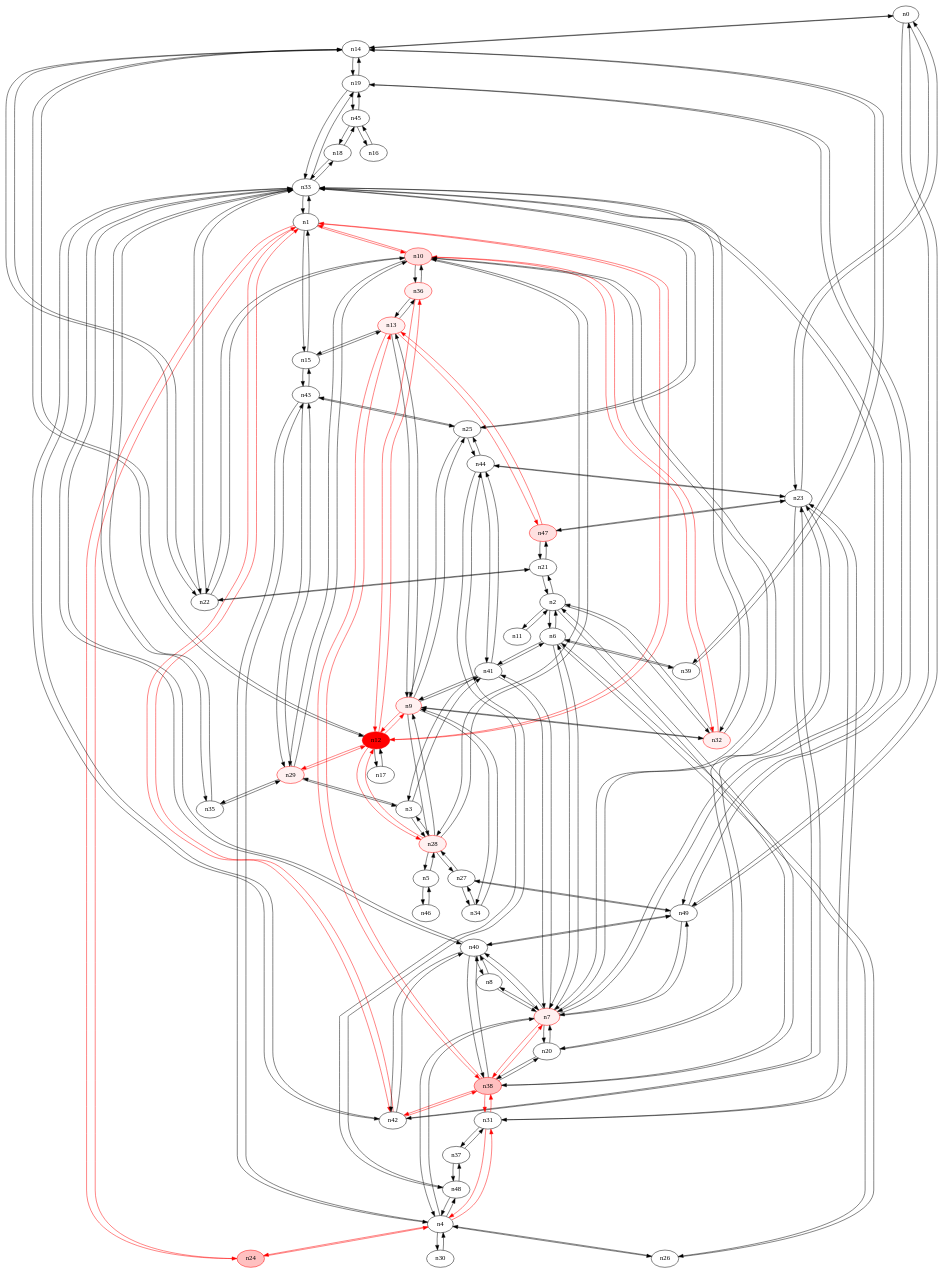
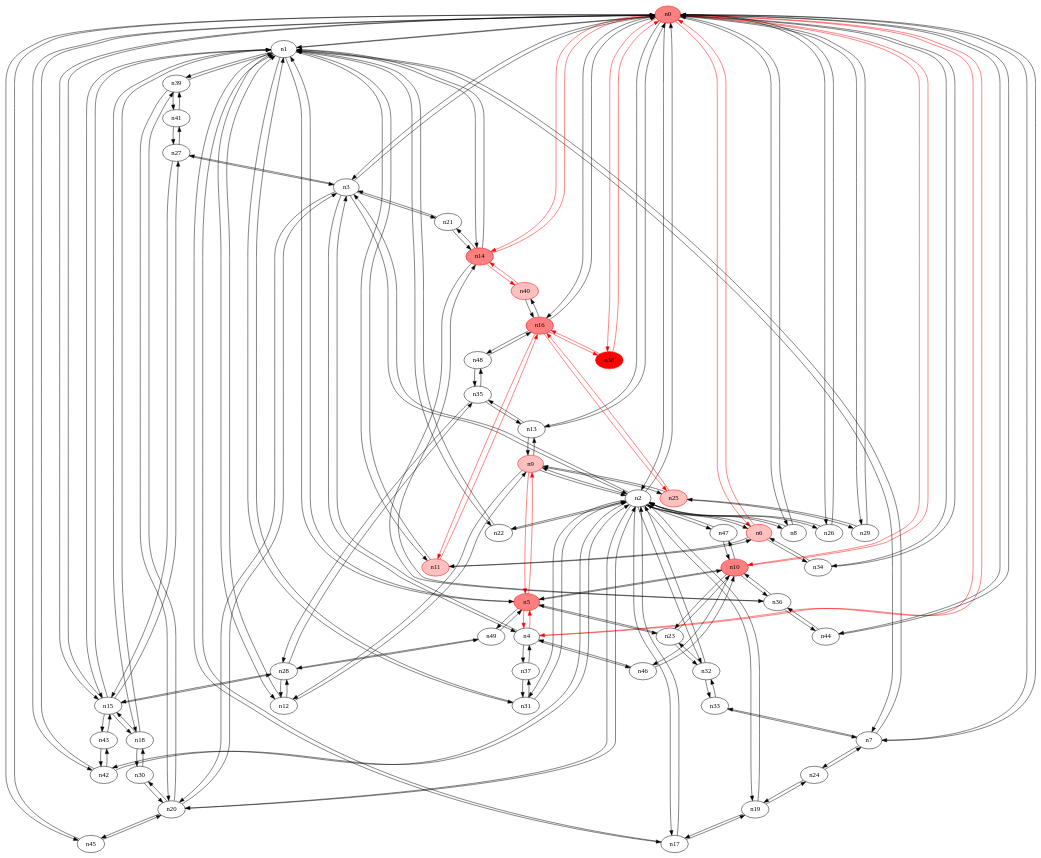
Before and after one commit to ireallyhopeirememberthis/yates_rrt: the diagram in 50_15/10-rrt1.dot, drawn with Graphviz. The commit also changed 7464 other files, not shown here.

```diff
--- a/50_15/10-rrt1.dot
+++ b/50_15/10-rrt1.dot
@@ -1,252 +1,244 @@
 strict digraph {
-n0 [type=switch];
-n14 [type=switch];
+n0 [type=switch, color="#FF0000", style=filled, fillcolor="#FF8080"];
+n1 [type=switch];
+n2 [type=switch];
+n3 [type=switch];
+n4 [type=switch];
+n6 [type=host, color="#FF0000", style=filled, fillcolor="#FFC0C0"];
+n7 [type=switch];
+n8 [type=switch];
+n10 [type=host, color="#FF0000", style=filled, fillcolor="#FF8080"];
+n13 [type=switch];
+n14 [type=switch, color="#FF0000", style=filled, fillcolor="#FF8080"];
+n15 [type=switch];
+n16 [type=host, color="#FF0000", style=filled, fillcolor="#FF8080"];
+n26 [type=switch];
+n29 [type=switch];
+n34 [type=switch];
+n38 [type=switch, color="#FF0000", style=filled, fillcolor="#FF0000"];
+n42 [type=switch];
+n44 [type=switch];
+n45 [type=switch];
+n5 [type=switch, color="#FF0000", style=filled, fillcolor="#FF8080"];
+n11 [type=host, color="#FF0000", style=filled, fillcolor="#FFC0C0"];
+n12 [type=switch];
+n17 [type=switch];
+n18 [type=switch];
+n22 [type=switch];
+n31 [type=switch];
+n39 [type=switch];
+n9 [type=host, color="#FF0000", style=filled, fillcolor="#FFC0C0"];
+n19 [type=switch];
+n20 [type=switch];
+n32 [type=switch];
+n47 [type=switch];
+n21 [type=switch];
+n27 [type=switch];
+n37 [type=switch];
+n46 [type=switch];
 n23 [type=switch];
 n49 [type=switch];
-n1 [type=switch];
-n10 [type=switch, color="#FF0000", style=filled, fillcolor="#FFE0E0"];
-n12 [type=switch, color="#FF0000", style=filled, fillcolor="#FF0000"];
-n15 [type=switch];
-n24 [type=switch, color="#FF0000", style=filled, fillcolor="#FFC0C0"];
+n24 [type=switch];
 n33 [type=switch];
-n42 [type=switch];
-n2 [type=switch];
-n6 [type=switch];
-n11 [type=switch];
-n21 [type=switch];
-n32 [type=host, color="#FF0000", style=filled, fillcolor="#FFF0F0"];
-n38 [type=switch, color="#FF0000", style=filled, fillcolor="#FFC0C0"];
-n3 [type=switch];
-n28 [type=host, color="#FF0000", style=filled, fillcolor="#FFF0F0"];
-n29 [type=host, color="#FF0000", style=filled, fillcolor="#FFF0F0"];
-n41 [type=switch];
-n4 [type=switch];
-n7 [type=host, color="#FF0000", style=filled, fillcolor="#FFF0F0"];
-n26 [type=switch];
-n30 [type=switch];
-n31 [type=switch];
+n25 [type=host, color="#FF0000", style=filled, fillcolor="#FFC0C0"];
+n36 [type=switch];
+n28 [type=switch];
+n35 [type=switch];
+n40 [type=host, color="#FF0000", style=filled, fillcolor="#FFC0C0"];
 n43 [type=switch];
 n48 [type=switch];
-n5 [type=switch];
-n46 [type=switch];
-n39 [type=switch];
-n8 [type=switch];
-n20 [type=switch];
-n40 [type=switch];
-n9 [type=host, color="#FF0000", style=filled, fillcolor="#FFF0F0"];
-n13 [type=host, color="#FF0000", style=filled, fillcolor="#FFF0F0"];
-n25 [type=switch];
-n34 [type=switch];
-n22 [type=switch];
-n36 [type=host, color="#FF0000", style=filled, fillcolor="#FFF0F0"];
-n17 [type=switch];
-n47 [type=switch, color="#FF0000", style=filled, fillcolor="#FFE0E0"];
-n19 [type=switch];
-n16 [type=switch];
-n45 [type=switch];
-n18 [type=switch];
-n44 [type=switch];
-n27 [type=switch];
-n35 [type=switch];
-n37 [type=switch];
-n0 -> n14 [src_port=0, dst_port=0];
-n0 -> n23 [src_port=0, dst_port=0];
-n0 -> n49 [src_port=0, dst_port=0];
-n14 -> n0 [src_port=0, dst_port=0];
-n14 -> n12 [src_port=0, dst_port=0];
-n14 -> n39 [src_port=0, dst_port=0];
-n14 -> n22 [src_port=0, dst_port=0];
-n14 -> n19 [src_port=0, dst_port=0];
-n23 -> n0 [src_port=0, dst_port=0];
-n23 -> n42 [src_port=0, dst_port=0];
-n23 -> n31 [src_port=0, dst_port=0];
-n23 -> n20 [src_port=0, dst_port=0];
-n23 -> n47 [src_port=0, dst_port=0];
-n23 -> n44 [src_port=0, dst_port=0];
-n49 -> n0 [src_port=0, dst_port=0];
-n49 -> n7 [src_port=0, dst_port=0];
-n49 -> n40 [src_port=0, dst_port=0];
-n49 -> n19 [src_port=0, dst_port=0];
-n49 -> n27 [src_port=0, dst_port=0];
-n1 -> n10 [src_port=0, dst_port=0, color="#FF0000"];
-n1 -> n12 [src_port=0, dst_port=0, color="#FF0000"];
+n30 [type=switch];
+n41 [type=switch];
+n0 -> n1 [src_port=0, dst_port=0];
+n0 -> n2 [src_port=0, dst_port=0];
+n0 -> n3 [src_port=0, dst_port=0];
+n0 -> n4 [src_port=0, dst_port=0, color="#FF0000"];
+n0 -> n6 [src_port=0, dst_port=0, color="#FF0000"];
+n0 -> n7 [src_port=0, dst_port=0];
+n0 -> n8 [src_port=0, dst_port=0];
+n0 -> n10 [src_port=0, dst_port=0, color="#FF0000"];
+n0 -> n13 [src_port=0, dst_port=0];
+n0 -> n14 [src_port=0, dst_port=0, color="#FF0000"];
+n0 -> n15 [src_port=0, dst_port=0];
+n0 -> n16 [src_port=0, dst_port=0];
+n0 -> n26 [src_port=0, dst_port=0];
+n0 -> n29 [src_port=0, dst_port=0];
+n0 -> n34 [src_port=0, dst_port=0];
+n0 -> n38 [src_port=0, dst_port=0, color="#FF0000"];
+n0 -> n42 [src_port=0, dst_port=0];
+n0 -> n44 [src_port=0, dst_port=0];
+n0 -> n45 [src_port=0, dst_port=0];
+n1 -> n0 [src_port=0, dst_port=0];
+n1 -> n7 [src_port=0, dst_port=0];
+n1 -> n14 [src_port=0, dst_port=0];
 n1 -> n15 [src_port=0, dst_port=0];
-n1 -> n24 [src_port=0, dst_port=0, color="#FF0000"];
-n1 -> n33 [src_port=0, dst_port=0];
-n1 -> n42 [src_port=0, dst_port=0, color="#FF0000"];
-n10 -> n1 [src_port=0, dst_port=0, color="#FF0000"];
-n10 -> n32 [src_port=0, dst_port=0, color="#FF0000"];
-n10 -> n28 [src_port=0, dst_port=0];
-n10 -> n29 [src_port=0, dst_port=0];
-n10 -> n7 [src_port=0, dst_port=0];
-n10 -> n22 [src_port=0, dst_port=0];
+n1 -> n5 [src_port=0, dst_port=0];
+n1 -> n11 [src_port=0, dst_port=0];
+n1 -> n12 [src_port=0, dst_port=0];
+n1 -> n17 [src_port=0, dst_port=0];
+n1 -> n18 [src_port=0, dst_port=0];
+n1 -> n22 [src_port=0, dst_port=0];
+n1 -> n31 [src_port=0, dst_port=0];
+n1 -> n39 [src_port=0, dst_port=0];
+n2 -> n0 [src_port=0, dst_port=0];
+n2 -> n3 [src_port=0, dst_port=0];
+n2 -> n6 [src_port=0, dst_port=0];
+n2 -> n8 [src_port=0, dst_port=0];
+n2 -> n26 [src_port=0, dst_port=0];
+n2 -> n42 [src_port=0, dst_port=0];
+n2 -> n17 [src_port=0, dst_port=0];
+n2 -> n22 [src_port=0, dst_port=0];
+n2 -> n31 [src_port=0, dst_port=0];
+n2 -> n9 [src_port=0, dst_port=0];
+n2 -> n19 [src_port=0, dst_port=0];
+n2 -> n20 [src_port=0, dst_port=0];
+n2 -> n32 [src_port=0, dst_port=0];
+n2 -> n47 [src_port=0, dst_port=0];
+n3 -> n0 [src_port=0, dst_port=0];
+n3 -> n2 [src_port=0, dst_port=0];
+n3 -> n4 [src_port=0, dst_port=0];
+n3 -> n20 [src_port=0, dst_port=0];
+n3 -> n21 [src_port=0, dst_port=0];
+n3 -> n27 [src_port=0, dst_port=0];
+n4 -> n0 [src_port=0, dst_port=0, color="#FF0000"];
+n4 -> n3 [src_port=0, dst_port=0];
+n4 -> n5 [src_port=0, dst_port=0, color="#FF0000"];
+n4 -> n37 [src_port=0, dst_port=0];
+n4 -> n46 [src_port=0, dst_port=0];
+n6 -> n0 [src_port=0, dst_port=0, color="#FF0000"];
+n6 -> n2 [src_port=0, dst_port=0];
+n6 -> n34 [src_port=0, dst_port=0];
+n6 -> n11 [src_port=0, dst_port=0];
+n7 -> n0 [src_port=0, dst_port=0];
+n7 -> n1 [src_port=0, dst_port=0];
+n7 -> n24 [src_port=0, dst_port=0];
+n7 -> n33 [src_port=0, dst_port=0];
+n8 -> n0 [src_port=0, dst_port=0];
+n8 -> n2 [src_port=0, dst_port=0];
+n10 -> n0 [src_port=0, dst_port=0, color="#FF0000"];
+n10 -> n5 [src_port=0, dst_port=0];
+n10 -> n47 [src_port=0, dst_port=0];
+n10 -> n46 [src_port=0, dst_port=0];
+n10 -> n23 [src_port=0, dst_port=0];
 n10 -> n36 [src_port=0, dst_port=0];
-n12 -> n14 [src_port=0, dst_port=0];
-n12 -> n1 [src_port=0, dst_port=0, color="#FF0000"];
-n12 -> n28 [src_port=0, dst_port=0, color="#FF0000"];
-n12 -> n29 [src_port=0, dst_port=0, color="#FF0000"];
-n12 -> n9 [src_port=0, dst_port=0, color="#FF0000"];
-n12 -> n36 [src_port=0, dst_port=0, color="#FF0000"];
-n12 -> n17 [src_port=0, dst_port=0];
+n13 -> n0 [src_port=0, dst_port=0];
+n13 -> n9 [src_port=0, dst_port=0];
+n13 -> n35 [src_port=0, dst_port=0];
+n14 -> n0 [src_port=0, dst_port=0, color="#FF0000"];
+n14 -> n1 [src_port=0, dst_port=0];
+n14 -> n21 [src_port=0, dst_port=0];
+n14 -> n36 [src_port=0, dst_port=0];
+n14 -> n40 [src_port=0, dst_port=0, color="#FF0000"];
+n15 -> n0 [src_port=0, dst_port=0];
 n15 -> n1 [src_port=0, dst_port=0];
+n15 -> n18 [src_port=0, dst_port=0];
+n15 -> n27 [src_port=0, dst_port=0];
+n15 -> n28 [src_port=0, dst_port=0];
 n15 -> n43 [src_port=0, dst_port=0];
-n15 -> n13 [src_port=0, dst_port=0];
-n24 -> n1 [src_port=0, dst_port=0, color="#FF0000"];
-n24 -> n4 [src_port=0, dst_port=0, color="#FF0000"];
-n33 -> n1 [src_port=0, dst_port=0];
-n33 -> n42 [src_port=0, dst_port=0];
+n16 -> n0 [src_port=0, dst_port=0];
+n16 -> n38 [src_port=0, dst_port=0, color="#FF0000"];
+n16 -> n11 [src_port=0, dst_port=0, color="#FF0000"];
+n16 -> n25 [src_port=0, dst_port=0, color="#FF0000"];
+n16 -> n40 [src_port=0, dst_port=0];
+n16 -> n48 [src_port=0, dst_port=0];
+n26 -> n0 [src_port=0, dst_port=0];
+n26 -> n2 [src_port=0, dst_port=0];
+n29 -> n0 [src_port=0, dst_port=0];
+n29 -> n25 [src_port=0, dst_port=0];
+n34 -> n0 [src_port=0, dst_port=0];
+n34 -> n6 [src_port=0, dst_port=0];
+n38 -> n0 [src_port=0, dst_port=0, color="#FF0000"];
+n38 -> n16 [src_port=0, dst_port=0, color="#FF0000"];
+n42 -> n0 [src_port=0, dst_port=0];
+n42 -> n2 [src_port=0, dst_port=0];
+n42 -> n43 [src_port=0, dst_port=0];
+n44 -> n0 [src_port=0, dst_port=0];
+n44 -> n36 [src_port=0, dst_port=0];
+n45 -> n0 [src_port=0, dst_port=0];
+n45 -> n20 [src_port=0, dst_port=0];
+n5 -> n1 [src_port=0, dst_port=0];
+n5 -> n4 [src_port=0, dst_port=0, color="#FF0000"];
+n5 -> n10 [src_port=0, dst_port=0];
+n5 -> n9 [src_port=0, dst_port=0, color="#FF0000"];
+n5 -> n23 [src_port=0, dst_port=0];
+n5 -> n49 [src_port=0, dst_port=0];
+n11 -> n1 [src_port=0, dst_port=0];
+n11 -> n6 [src_port=0, dst_port=0];
+n11 -> n16 [src_port=0, dst_port=0, color="#FF0000"];
+n12 -> n1 [src_port=0, dst_port=0];
+n12 -> n9 [src_port=0, dst_port=0];
+n12 -> n28 [src_port=0, dst_port=0];
+n17 -> n1 [src_port=0, dst_port=0];
+n17 -> n2 [src_port=0, dst_port=0];
+n17 -> n19 [src_port=0, dst_port=0];
+n18 -> n1 [src_port=0, dst_port=0];
+n18 -> n15 [src_port=0, dst_port=0];
+n18 -> n30 [src_port=0, dst_port=0];
+n22 -> n1 [src_port=0, dst_port=0];
+n22 -> n2 [src_port=0, dst_port=0];
+n31 -> n1 [src_port=0, dst_port=0];
+n31 -> n2 [src_port=0, dst_port=0];
+n31 -> n37 [src_port=0, dst_port=0];
+n39 -> n1 [src_port=0, dst_port=0];
+n39 -> n20 [src_port=0, dst_port=0];
+n39 -> n41 [src_port=0, dst_port=0];
+n9 -> n2 [src_port=0, dst_port=0];
+n9 -> n13 [src_port=0, dst_port=0];
+n9 -> n5 [src_port=0, dst_port=0, color="#FF0000"];
+n9 -> n12 [src_port=0, dst_port=0];
+n9 -> n25 [src_port=0, dst_port=0];
+n19 -> n2 [src_port=0, dst_port=0];
+n19 -> n17 [src_port=0, dst_port=0];
+n19 -> n24 [src_port=0, dst_port=0];
+n20 -> n2 [src_port=0, dst_port=0];
+n20 -> n3 [src_port=0, dst_port=0];
+n20 -> n45 [src_port=0, dst_port=0];
+n20 -> n39 [src_port=0, dst_port=0];
+n20 -> n30 [src_port=0, dst_port=0];
+n32 -> n2 [src_port=0, dst_port=0];
+n32 -> n23 [src_port=0, dst_port=0];
+n32 -> n33 [src_port=0, dst_port=0];
+n47 -> n2 [src_port=0, dst_port=0];
+n47 -> n10 [src_port=0, dst_port=0];
+n21 -> n3 [src_port=0, dst_port=0];
+n21 -> n14 [src_port=0, dst_port=0];
+n27 -> n3 [src_port=0, dst_port=0];
+n27 -> n15 [src_port=0, dst_port=0];
+n27 -> n41 [src_port=0, dst_port=0];
+n37 -> n4 [src_port=0, dst_port=0];
+n37 -> n31 [src_port=0, dst_port=0];
+n46 -> n4 [src_port=0, dst_port=0];
+n46 -> n10 [src_port=0, dst_port=0];
+n23 -> n10 [src_port=0, dst_port=0];
+n23 -> n5 [src_port=0, dst_port=0];
+n23 -> n32 [src_port=0, dst_port=0];
+n49 -> n5 [src_port=0, dst_port=0];
+n49 -> n28 [src_port=0, dst_port=0];
+n24 -> n7 [src_port=0, dst_port=0];
+n24 -> n19 [src_port=0, dst_port=0];
+n33 -> n7 [src_port=0, dst_port=0];
 n33 -> n32 [src_port=0, dst_port=0];
-n33 -> n7 [src_port=0, dst_port=0];
-n33 -> n40 [src_port=0, dst_port=0];
-n33 -> n25 [src_port=0, dst_port=0];
-n33 -> n22 [src_port=0, dst_port=0];
-n33 -> n19 [src_port=0, dst_port=0];
-n33 -> n18 [src_port=0, dst_port=0];
-n33 -> n35 [src_port=0, dst_port=0];
-n42 -> n23 [src_port=0, dst_port=0];
-n42 -> n1 [src_port=0, dst_port=0, color="#FF0000"];
-n42 -> n33 [src_port=0, dst_port=0];
-n42 -> n38 [src_port=0, dst_port=0, color="#FF0000"];
-n42 -> n40 [src_port=0, dst_port=0];
-n2 -> n6 [src_port=0, dst_port=0];
-n2 -> n11 [src_port=0, dst_port=0];
-n2 -> n21 [src_port=0, dst_port=0];
-n2 -> n32 [src_port=0, dst_port=0];
-n2 -> n38 [src_port=0, dst_port=0];
-n6 -> n2 [src_port=0, dst_port=0];
-n6 -> n41 [src_port=0, dst_port=0];
-n6 -> n7 [src_port=0, dst_port=0];
-n6 -> n26 [src_port=0, dst_port=0];
-n6 -> n39 [src_port=0, dst_port=0];
-n11 -> n2 [src_port=0, dst_port=0];
-n21 -> n2 [src_port=0, dst_port=0];
-n21 -> n22 [src_port=0, dst_port=0];
-n21 -> n47 [src_port=0, dst_port=0];
-n32 -> n10 [src_port=0, dst_port=0, color="#FF0000"];
-n32 -> n33 [src_port=0, dst_port=0];
-n32 -> n2 [src_port=0, dst_port=0];
-n32 -> n9 [src_port=0, dst_port=0];
-n38 -> n42 [src_port=0, dst_port=0, color="#FF0000"];
-n38 -> n2 [src_port=0, dst_port=0];
-n38 -> n7 [src_port=0, dst_port=0, color="#FF0000"];
-n38 -> n31 [src_port=0, dst_port=0, color="#FF0000"];
-n38 -> n20 [src_port=0, dst_port=0];
-n38 -> n40 [src_port=0, dst_port=0];
-n38 -> n13 [src_port=0, dst_port=0, color="#FF0000"];
-n3 -> n28 [src_port=0, dst_port=0];
-n3 -> n29 [src_port=0, dst_port=0];
-n3 -> n41 [src_port=0, dst_port=0];
-n28 -> n10 [src_port=0, dst_port=0];
-n28 -> n12 [src_port=0, dst_port=0, color="#FF0000"];
-n28 -> n3 [src_port=0, dst_port=0];
-n28 -> n5 [src_port=0, dst_port=0];
-n28 -> n9 [src_port=0, dst_port=0];
-n28 -> n27 [src_port=0, dst_port=0];
-n29 -> n10 [src_port=0, dst_port=0];
-n29 -> n12 [src_port=0, dst_port=0, color="#FF0000"];
-n29 -> n3 [src_port=0, dst_port=0];
-n29 -> n43 [src_port=0, dst_port=0];
-n29 -> n35 [src_port=0, dst_port=0];
-n41 -> n6 [src_port=0, dst_port=0];
-n41 -> n3 [src_port=0, dst_port=0];
-n41 -> n7 [src_port=0, dst_port=0];
-n41 -> n9 [src_port=0, dst_port=0];
-n41 -> n44 [src_port=0, dst_port=0];
-n4 -> n24 [src_port=0, dst_port=0, color="#FF0000"];
-n4 -> n7 [src_port=0, dst_port=0];
-n4 -> n26 [src_port=0, dst_port=0];
-n4 -> n30 [src_port=0, dst_port=0];
-n4 -> n31 [src_port=0, dst_port=0, color="#FF0000"];
-n4 -> n43 [src_port=0, dst_port=0];
-n4 -> n48 [src_port=0, dst_port=0];
-n7 -> n49 [src_port=0, dst_port=0];
-n7 -> n10 [src_port=0, dst_port=0];
-n7 -> n33 [src_port=0, dst_port=0];
-n7 -> n6 [src_port=0, dst_port=0];
-n7 -> n38 [src_port=0, dst_port=0, color="#FF0000"];
-n7 -> n41 [src_port=0, dst_port=0];
-n7 -> n4 [src_port=0, dst_port=0];
-n7 -> n8 [src_port=0, dst_port=0];
-n7 -> n20 [src_port=0, dst_port=0];
-n7 -> n40 [src_port=0, dst_port=0];
-n26 -> n6 [src_port=0, dst_port=0];
-n26 -> n4 [src_port=0, dst_port=0];
-n30 -> n4 [src_port=0, dst_port=0];
-n31 -> n23 [src_port=0, dst_port=0];
-n31 -> n38 [src_port=0, dst_port=0, color="#FF0000"];
-n31 -> n4 [src_port=0, dst_port=0, color="#FF0000"];
-n31 -> n37 [src_port=0, dst_port=0];
+n25 -> n16 [src_port=0, dst_port=0, color="#FF0000"];
+n25 -> n29 [src_port=0, dst_port=0];
+n25 -> n9 [src_port=0, dst_port=0];
+n36 -> n10 [src_port=0, dst_port=0];
+n36 -> n14 [src_port=0, dst_port=0];
+n36 -> n44 [src_port=0, dst_port=0];
+n28 -> n15 [src_port=0, dst_port=0];
+n28 -> n12 [src_port=0, dst_port=0];
+n28 -> n49 [src_port=0, dst_port=0];
+n28 -> n35 [src_port=0, dst_port=0];
+n35 -> n13 [src_port=0, dst_port=0];
+n35 -> n28 [src_port=0, dst_port=0];
+n35 -> n48 [src_port=0, dst_port=0];
+n40 -> n14 [src_port=0, dst_port=0, color="#FF0000"];
+n40 -> n16 [src_port=0, dst_port=0];
 n43 -> n15 [src_port=0, dst_port=0];
-n43 -> n29 [src_port=0, dst_port=0];
-n43 -> n4 [src_port=0, dst_port=0];
-n43 -> n25 [src_port=0, dst_port=0];
-n48 -> n4 [src_port=0, dst_port=0];
-n48 -> n44 [src_port=0, dst_port=0];
-n48 -> n37 [src_port=0, dst_port=0];
-n5 -> n28 [src_port=0, dst_port=0];
-n5 -> n46 [src_port=0, dst_port=0];
-n46 -> n5 [src_port=0, dst_port=0];
-n39 -> n14 [src_port=0, dst_port=0];
-n39 -> n6 [src_port=0, dst_port=0];
-n8 -> n7 [src_port=0, dst_port=0];
-n8 -> n40 [src_port=0, dst_port=0];
-n20 -> n23 [src_port=0, dst_port=0];
-n20 -> n38 [src_port=0, dst_port=0];
-n20 -> n7 [src_port=0, dst_port=0];
-n40 -> n49 [src_port=0, dst_port=0];
-n40 -> n33 [src_port=0, dst_port=0];
-n40 -> n42 [src_port=0, dst_port=0];
-n40 -> n38 [src_port=0, dst_port=0];
-n40 -> n7 [src_port=0, dst_port=0];
-n40 -> n8 [src_port=0, dst_port=0];
-n9 -> n12 [src_port=0, dst_port=0, color="#FF0000"];
-n9 -> n32 [src_port=0, dst_port=0];
-n9 -> n28 [src_port=0, dst_port=0];
-n9 -> n41 [src_port=0, dst_port=0];
-n9 -> n13 [src_port=0, dst_port=0];
-n9 -> n25 [src_port=0, dst_port=0];
-n9 -> n34 [src_port=0, dst_port=0];
-n13 -> n15 [src_port=0, dst_port=0];
-n13 -> n38 [src_port=0, dst_port=0, color="#FF0000"];
-n13 -> n9 [src_port=0, dst_port=0];
-n13 -> n36 [src_port=0, dst_port=0];
-n13 -> n47 [src_port=0, dst_port=0, color="#FF0000"];
-n25 -> n33 [src_port=0, dst_port=0];
-n25 -> n43 [src_port=0, dst_port=0];
-n25 -> n9 [src_port=0, dst_port=0];
-n25 -> n44 [src_port=0, dst_port=0];
-n34 -> n9 [src_port=0, dst_port=0];
-n34 -> n27 [src_port=0, dst_port=0];
-n22 -> n14 [src_port=0, dst_port=0];
-n22 -> n10 [src_port=0, dst_port=0];
-n22 -> n33 [src_port=0, dst_port=0];
-n22 -> n21 [src_port=0, dst_port=0];
-n36 -> n10 [src_port=0, dst_port=0];
-n36 -> n12 [src_port=0, dst_port=0, color="#FF0000"];
-n36 -> n13 [src_port=0, dst_port=0];
-n17 -> n12 [src_port=0, dst_port=0];
-n47 -> n23 [src_port=0, dst_port=0];
-n47 -> n21 [src_port=0, dst_port=0];
-n47 -> n13 [src_port=0, dst_port=0, color="#FF0000"];
-n19 -> n14 [src_port=0, dst_port=0];
-n19 -> n49 [src_port=0, dst_port=0];
-n19 -> n33 [src_port=0, dst_port=0];
-n19 -> n45 [src_port=0, dst_port=0];
-n16 -> n45 [src_port=0, dst_port=0];
-n45 -> n19 [src_port=0, dst_port=0];
-n45 -> n16 [src_port=0, dst_port=0];
-n45 -> n18 [src_port=0, dst_port=0];
-n18 -> n33 [src_port=0, dst_port=0];
-n18 -> n45 [src_port=0, dst_port=0];
-n44 -> n23 [src_port=0, dst_port=0];
-n44 -> n41 [src_port=0, dst_port=0];
-n44 -> n48 [src_port=0, dst_port=0];
-n44 -> n25 [src_port=0, dst_port=0];
-n27 -> n49 [src_port=0, dst_port=0];
-n27 -> n28 [src_port=0, dst_port=0];
-n27 -> n34 [src_port=0, dst_port=0];
-n35 -> n33 [src_port=0, dst_port=0];
-n35 -> n29 [src_port=0, dst_port=0];
-n37 -> n31 [src_port=0, dst_port=0];
-n37 -> n48 [src_port=0, dst_port=0];
+n43 -> n42 [src_port=0, dst_port=0];
+n48 -> n16 [src_port=0, dst_port=0];
+n48 -> n35 [src_port=0, dst_port=0];
+n30 -> n18 [src_port=0, dst_port=0];
+n30 -> n20 [src_port=0, dst_port=0];
+n41 -> n39 [src_port=0, dst_port=0];
+n41 -> n27 [src_port=0, dst_port=0];
 }
```
